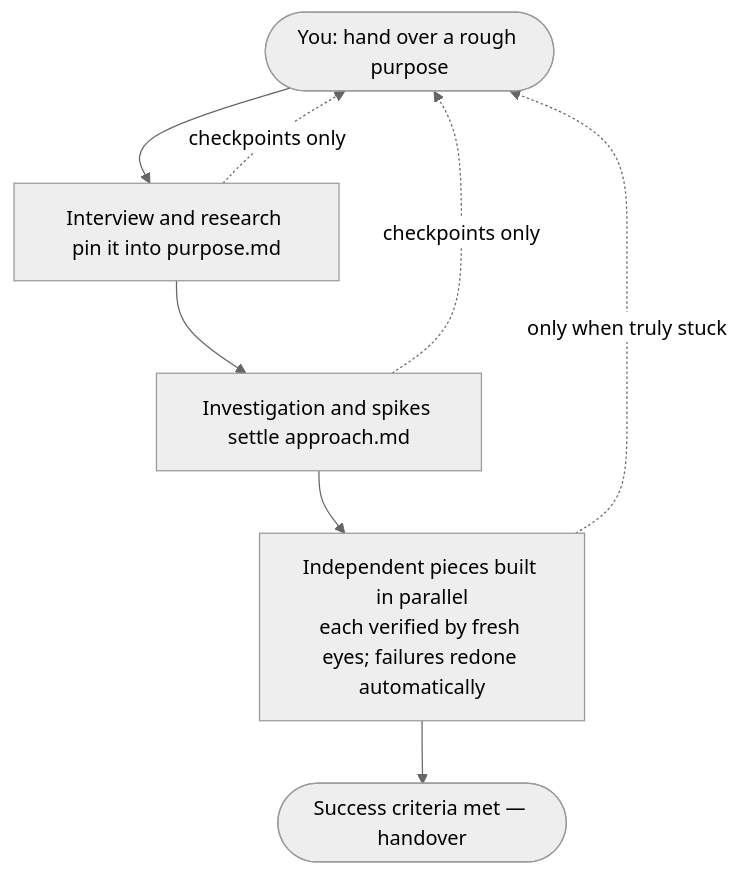
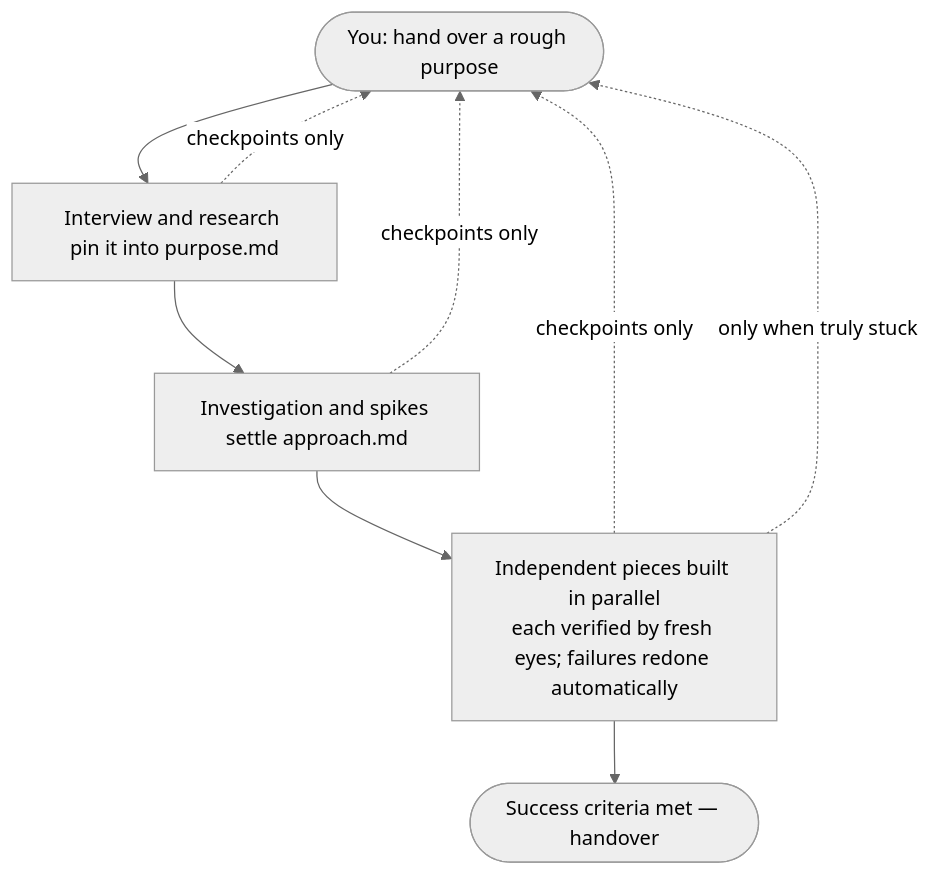
Before and after one commit to lovaizu/ccpm: the diagram in aiya/README.md, drawn with Mermaid (neutral theme). The commit also changed other lines of this file and 1 other file, not shown here.

````diff
--- a/aiya/README.md
+++ b/aiya/README.md
@@ -18,10 +18,11 @@
 ```mermaid
 flowchart TD
   Y([You: hand over a rough purpose]) --> P[Interview and research pin it into purpose.md]
   P --> A[Investigation and spikes settle approach.md]
   A --> D[Independent pieces built in parallel<br/>each verified by fresh eyes; failures redone automatically]
   D --> G([Success criteria met — handover])
   P -.->|checkpoints only| Y
   A -.->|checkpoints only| Y
+  D -.->|checkpoints only| Y
   D -.->|only when truly stuck| Y
 ```
````
